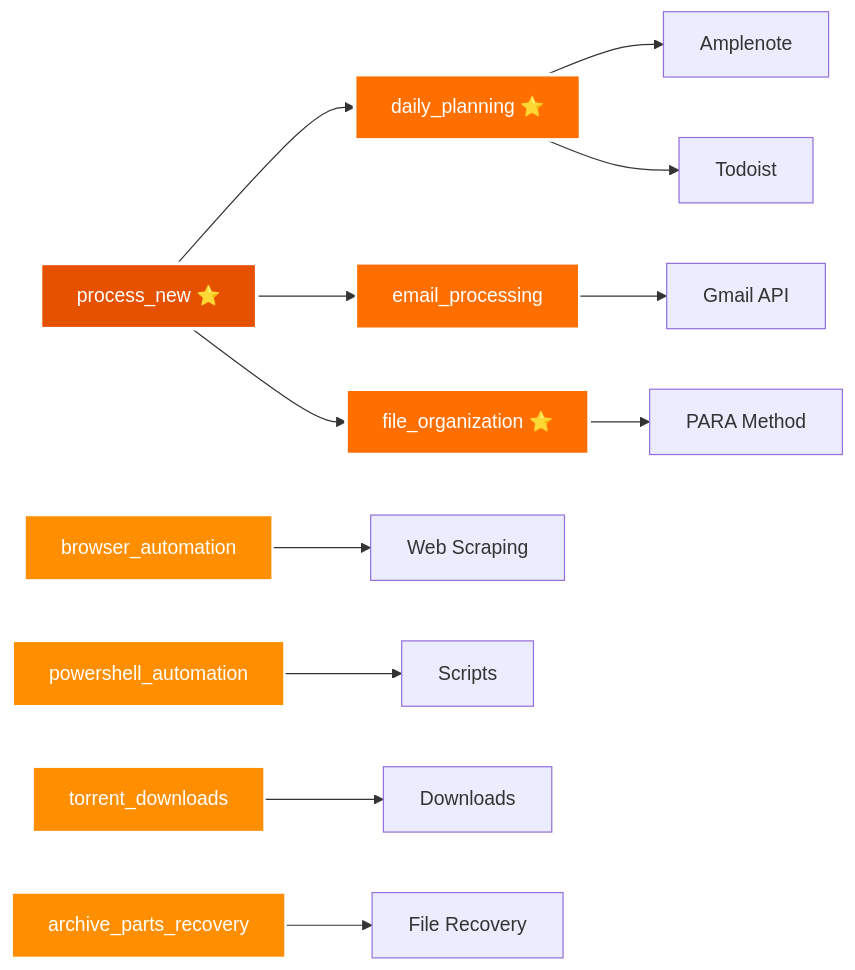
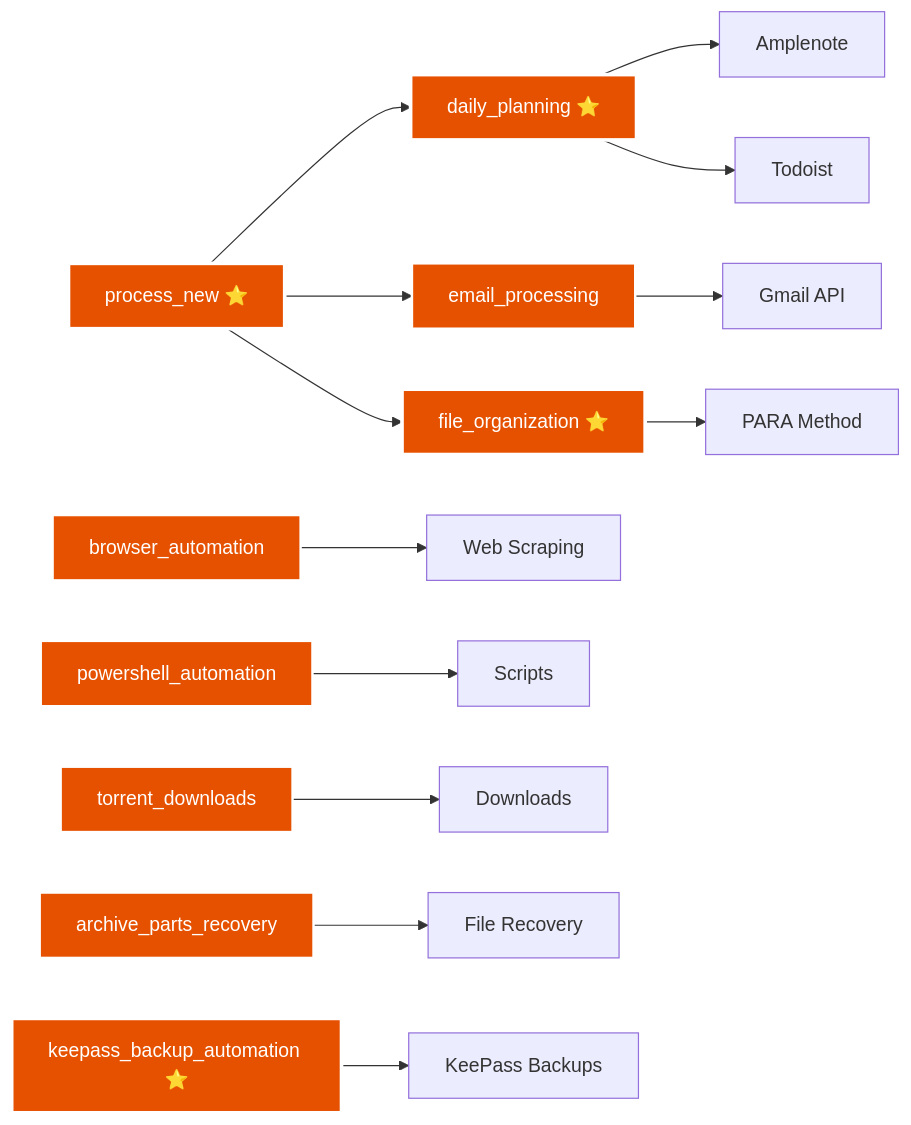
One commit to adourish/skills changed the sixth of 10 diagrams in README.md. Above: the diagram before and after it, drawn with Mermaid. The commit also changed other lines of this file and 124 other files, not shown here.

First line of the commit message:
Add 4 new skills with comprehensive mermaid diagrams and update diagrams

````diff
--- a/README.md
+++ b/README.md
@@ -974,25 +982,27 @@
 ```mermaid
 graph LR
     PN[process_new ⭐] --> DP[daily_planning ⭐]
     PN --> EP[email_processing]
     PN --> FO[file_organization ⭐]
     
     DP --> AMP[Amplenote]
     DP --> TODO[Todoist]
     EP --> GMAIL[Gmail API]
     FO --> PARA[PARA Method]
     
     BA[browser_automation] --> WEB[Web Scraping]
     PS[powershell_automation] --> SCRIPTS[Scripts]
     TD[torrent_downloads] --> DL[Downloads]
     AR[archive_parts_recovery] --> FILES[File Recovery]
+    KB[keepass_backup_automation ⭐] --> BACKUP[KeePass Backups]
     
     style PN fill:#e65100,stroke:#ffffff,stroke-width:3px,color:#ffffff
-    style DP fill:#ff6f00,stroke:#ffffff,stroke-width:3px,color:#ffffff
-    style EP fill:#ff6f00,stroke:#ffffff,stroke-width:2px,color:#ffffff
-    style FO fill:#ff6f00,stroke:#ffffff,stroke-width:3px,color:#ffffff
-    style BA fill:#ff8f00,stroke:#ffffff,stroke-width:2px,color:#ffffff
-    style PS fill:#ff8f00,stroke:#ffffff,stroke-width:2px,color:#ffffff
-    style TD fill:#ff8f00,stroke:#ffffff,stroke-width:2px,color:#ffffff
-    style AR fill:#ff8f00,stroke:#ffffff,stroke-width:2px,color:#ffffff
+    style DP fill:#e65100,stroke:#ffffff,stroke-width:3px,color:#ffffff
+    style EP fill:#e65100,stroke:#ffffff,stroke-width:2px,color:#ffffff
+    style FO fill:#e65100,stroke:#ffffff,stroke-width:3px,color:#ffffff
+    style BA fill:#e65100,stroke:#ffffff,stroke-width:2px,color:#ffffff
+    style PS fill:#e65100,stroke:#ffffff,stroke-width:2px,color:#ffffff
+    style TD fill:#e65100,stroke:#ffffff,stroke-width:2px,color:#ffffff
+    style AR fill:#e65100,stroke:#ffffff,stroke-width:2px,color:#ffffff
+    style KB fill:#e65100,stroke:#ffffff,stroke-width:3px,color:#ffffff
 ```
````
